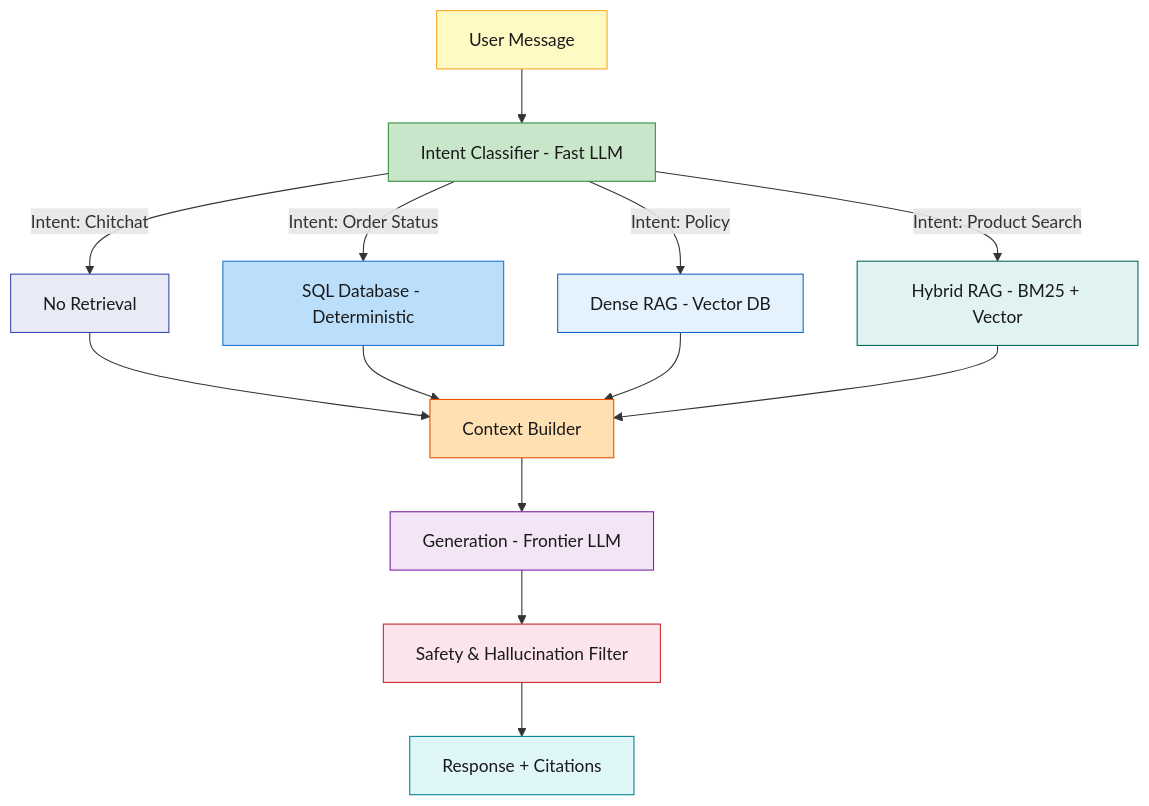
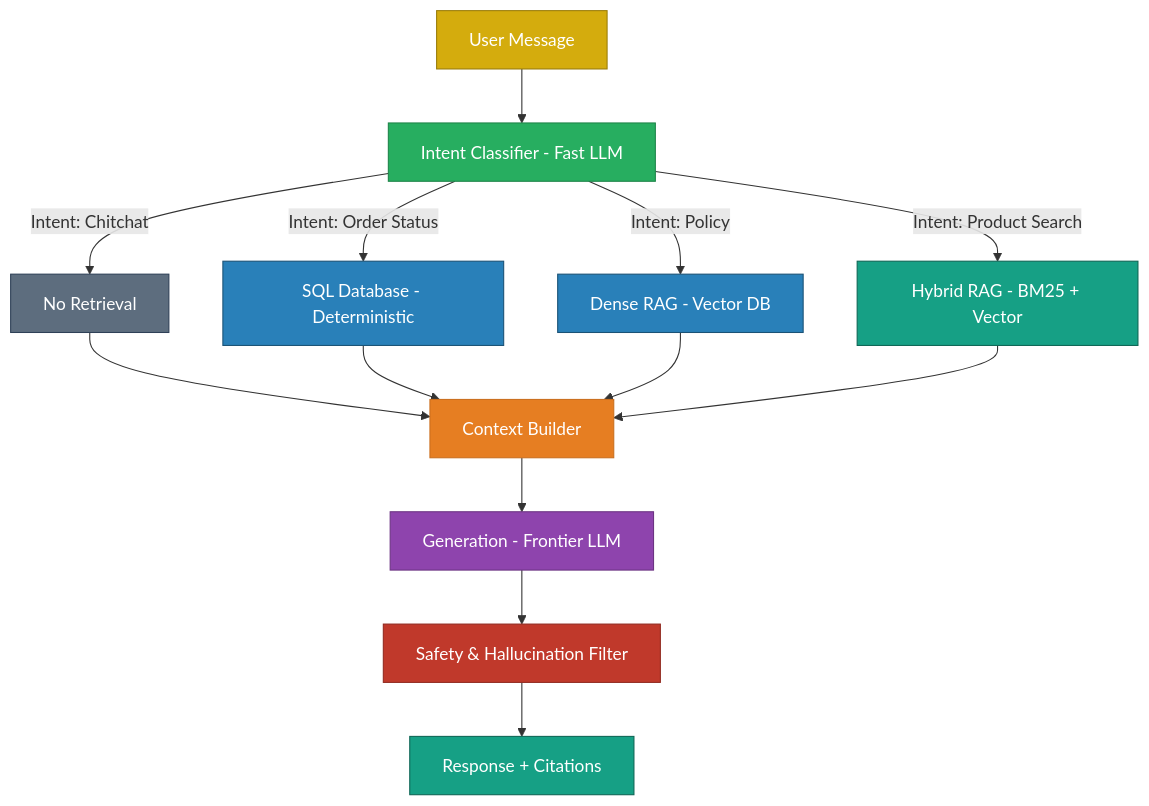
One commit to GyanendraChaubey/AI-Engineering-Notes changed the diagram in docs/16-case-studies/README.md. Above: the diagram before and after it, drawn with Mermaid. The commit also changed 15 other files, not shown here.

Commit message:
style: replace all Mermaid diagram colors with saturated palette + white text for dark mode compatibility (321 changes across 16 files)

````diff
--- a/docs/16-case-studies/README.md
+++ b/docs/16-case-studies/README.md
@@ -22,37 +22,37 @@
 ```mermaid
 flowchart TD
     A["User Message"]
     B["Intent Classifier - Fast LLM"]
     C["No Retrieval"]
     D["SQL Database - Deterministic"]
     E["Dense RAG - Vector DB"]
     F["Hybrid RAG - BM25 + Vector"]
     G["Context Builder"]
     H["Generation - Frontier LLM"]
     I["Safety & Hallucination Filter"]
     J["Response + Citations"]
 
     A --> B
     B -->|"Intent: Chitchat"| C
     B -->|"Intent: Order Status"| D
     B -->|"Intent: Policy"| E
     B -->|"Intent: Product Search"| F
     C --> G
     D --> G
     E --> G
     F --> G
     G --> H
     H --> I
     I --> J
 
-    style A fill:#FFF9C4,stroke:#F9A825,color:#1a1a1a
-    style B fill:#C8E6C9,stroke:#388E3C,color:#1a1a1a
-    style C fill:#E8EAF6,stroke:#3949AB,color:#1a1a1a
-    style D fill:#BBDEFB,stroke:#1976D2,color:#1a1a1a
-    style E fill:#E3F2FD,stroke:#1565C0,color:#1a1a1a
-    style F fill:#E0F2F1,stroke:#00695C,color:#1a1a1a
-    style G fill:#FFE0B2,stroke:#E65100,color:#1a1a1a
-    style H fill:#F3E5F5,stroke:#7B1FA2,color:#1a1a1a
-    style I fill:#FCE4EC,stroke:#C62828,color:#1a1a1a
-    style J fill:#E0F7FA,stroke:#00838F,color:#1a1a1a
+    style A fill:#D4AC0D,stroke:#9A7D0A,color:#FFFFFF
+    style B fill:#27AE60,stroke:#1E8449,color:#FFFFFF
+    style C fill:#5D6D7E,stroke:#2E4057,color:#FFFFFF
+    style D fill:#2980B9,stroke:#1A5276,color:#FFFFFF
+    style E fill:#2980B9,stroke:#1A5276,color:#FFFFFF
+    style F fill:#16A085,stroke:#0E6655,color:#FFFFFF
+    style G fill:#E67E22,stroke:#CA6F1E,color:#FFFFFF
+    style H fill:#8E44AD,stroke:#6C3483,color:#FFFFFF
+    style I fill:#C0392B,stroke:#922B21,color:#FFFFFF
+    style J fill:#16A085,stroke:#0E6655,color:#FFFFFF
 ```
````
